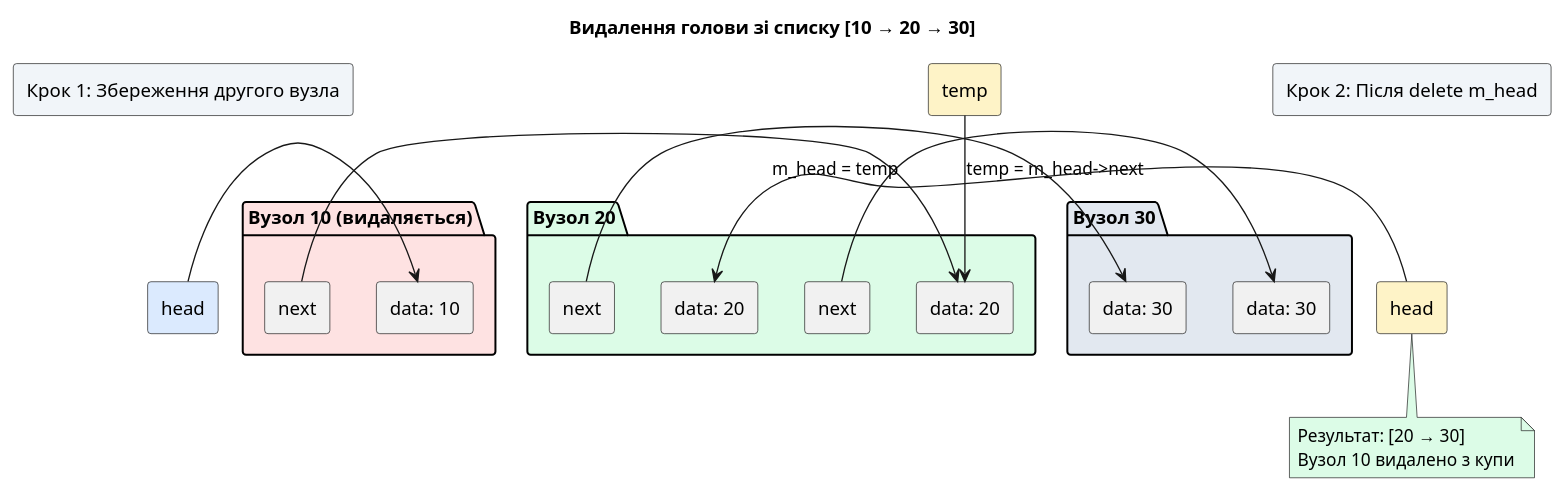
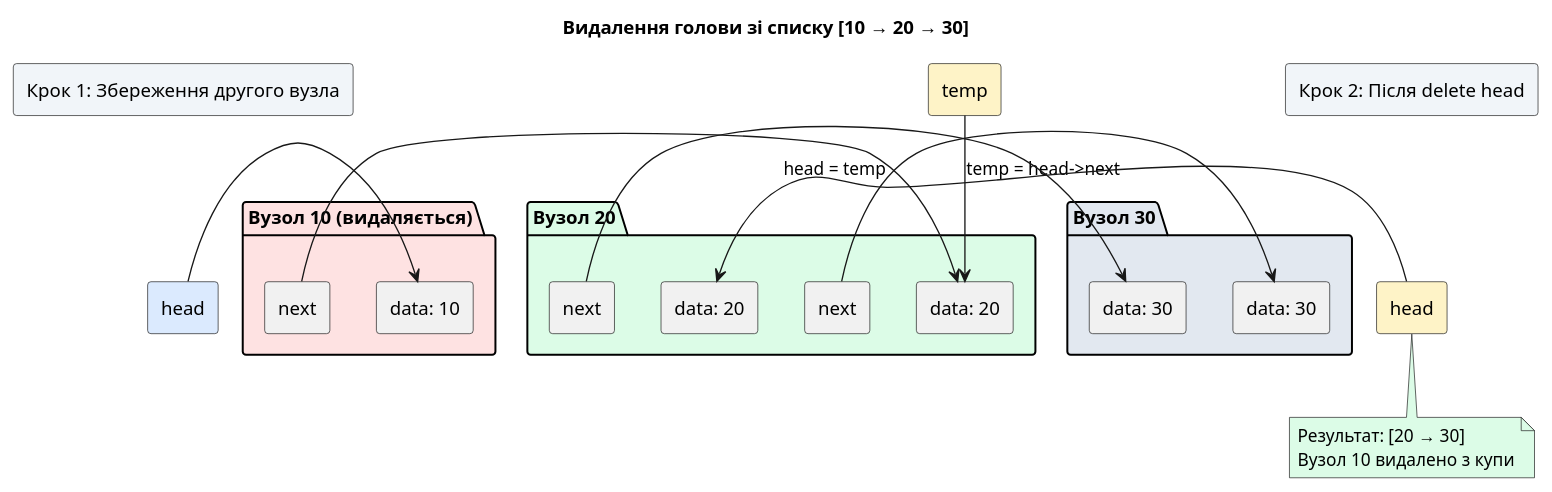
The third of 5 diagrams in content/02.cpp/90.linked-list.md (arakviel/kostyl.dev), drawn with PlantUML before and after one commit. The commit also changed other lines of this file and 10 other files, not shown here.

````diff
--- a/content/02.cpp/90.linked-list.md
+++ b/content/02.cpp/90.linked-list.md
@@ -503,53 +521,53 @@
 ```plantuml
 @startuml
 skinparam style plain
 skinparam backgroundColor #FFFFFF
 
 title Видалення голови зі списку [10 → 20 → 30]
 
 rectangle "Крок 1: Збереження другого вузла" as step1 #F1F5F9
 
 rectangle "head" as head1 #DBEAFE
 package "Вузол 10 (видаляється)" #FEE2E2 {
     rectangle "data: 10" as d1_1
     rectangle "next" as n1_1
 }
 package "Вузол 20" #DCFCE7 {
     rectangle "data: 20" as d2_1
     rectangle "next" as n2_1
 }
 package "Вузол 30" #E2E8F0 {
     rectangle "data: 30" as d3_1
 }
 
 rectangle "temp" as temp #FEF3C7
 
 head1 -right-> d1_1
 n1_1 -right-> d2_1
 n2_1 -right-> d3_1
-temp -down-> d2_1 : temp = m_head->next
+temp -down-> d2_1 : temp = head->next
 
-rectangle "Крок 2: Після delete m_head" as step2 #F1F5F9
+rectangle "Крок 2: Після delete head" as step2 #F1F5F9
 
 rectangle "head" as head2 #FEF3C7
 package "Вузол 20" #DCFCE7 {
     rectangle "data: 20" as d2_2
     rectangle "next" as n2_2
 }
 package "Вузол 30" #E2E8F0 {
     rectangle "data: 30" as d3_2
 }
 
-head2 -right-> d2_2 : m_head = temp
+head2 -right-> d2_2 : head = temp
 n2_2 -right-> d3_2
 
 note bottom of head2 #DCFCE7
   Результат: [20 → 30]
   Вузол 10 видалено з купи
 end note
 
 step1 -[hidden]down-> head1
 step2 -[hidden]down-> head2
 
 @enduml
 ```
````
